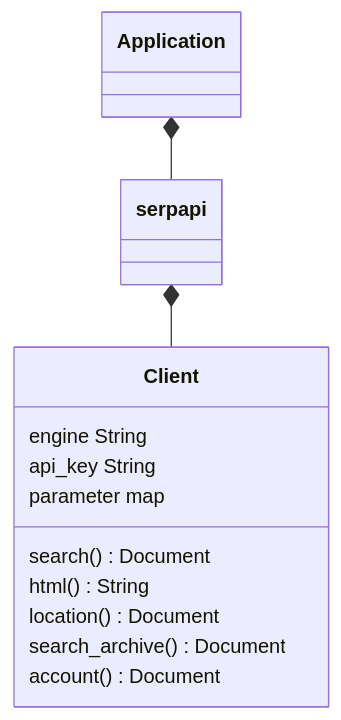
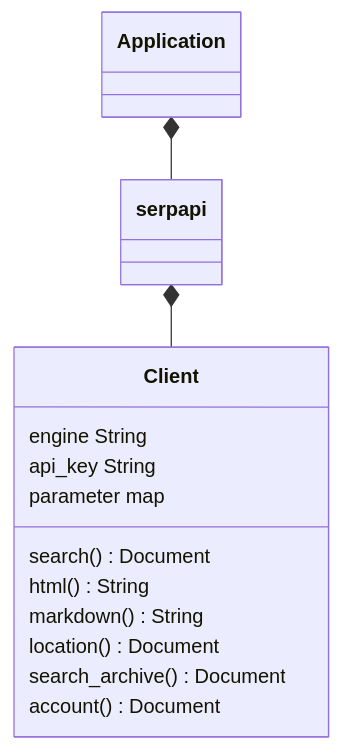
One commit to serpapi/serpapi-cpp changed the diagram in README.md. Above: the diagram before and after it, drawn with Mermaid. The commit also changed other lines of this file and 6 other files, not shown here.

````diff
--- a/README.md
+++ b/README.md
@@ -218,15 +222,16 @@
 ```mermaid
 classDiagram
   Application *-- serpapi 
   serpapi *-- Client
   class Client {
     engine String
     api_key String
     parameter map
     search() Document
     html() String
+    markdown() String
     location() Document
     search_archive() Document
     account() Document
   }
 ```
````
